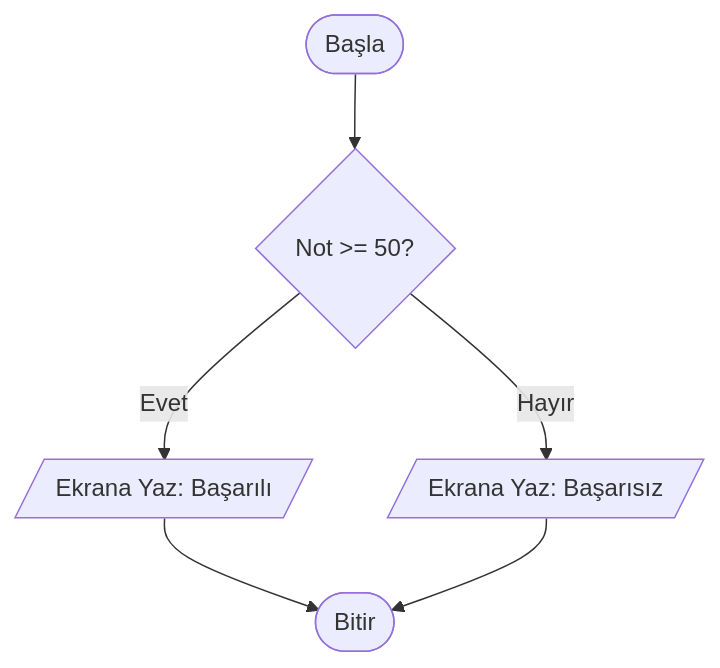
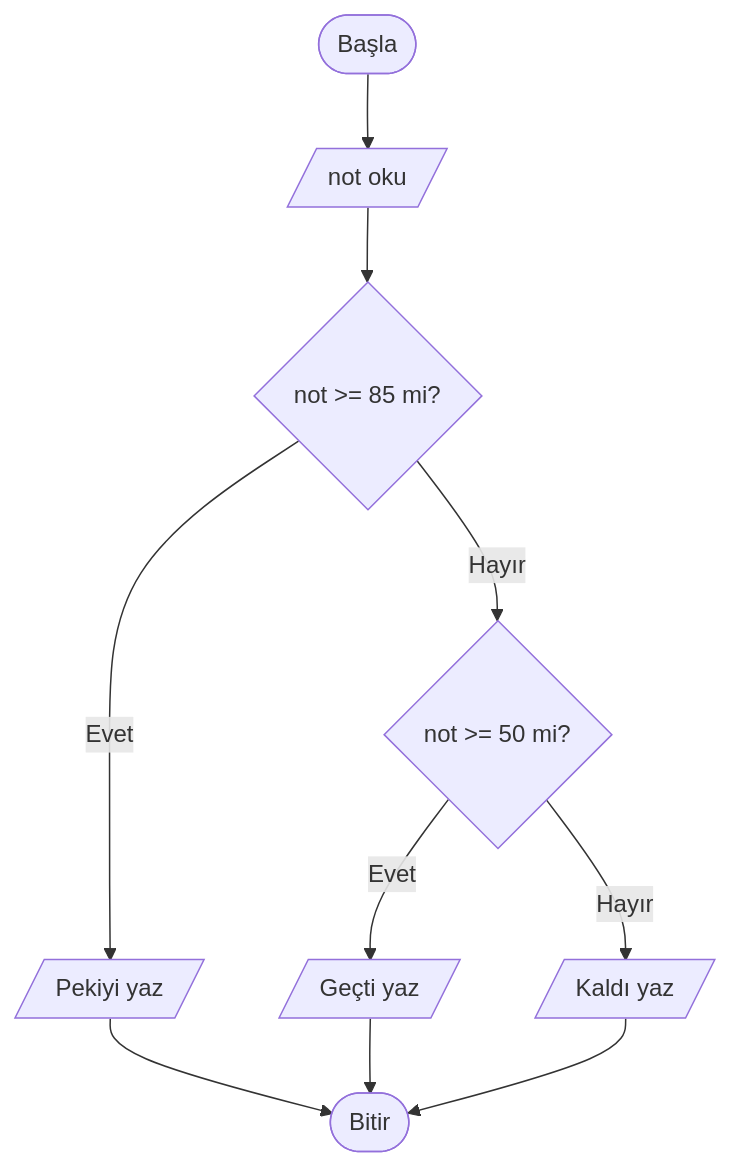
The third of 5 diagrams in Topics/04-Decision-Structures.md (abdullatifkaban/Algorithm), drawn with Mermaid before and after one commit. The commit also changed other lines of this file and 33 other files, not shown here.

````diff
--- a/Topics/04-Decision-Structures.md
+++ b/Topics/04-Decision-Structures.md
@@ -86,9 +196,12 @@
 ```mermaid
 flowchart TD
-    A([Başla]) --> B{Not >= 50?}
-    B -- Evet --> C[/Ekrana Yaz: Başarılı/]
-    B -- Hayır --> D[/Ekrana Yaz: Başarısız/]
-    C --> E([Bitir])
-    D --> E
-
+    A(["Başla"]) --> B[/"not oku"/]
+    B --> C{"not >= 85 mi?"}
+    C -->|"Evet"| D[/"Pekiyi yaz"/]
+    C -->|"Hayır"| E{"not >= 50 mi?"}
+    E -->|"Evet"| F[/"Geçti yaz"/]
+    E -->|"Hayır"| G[/"Kaldı yaz"/]
+    D --> H(["Bitir"])
+    F --> H
+    G --> H
 ```
````
